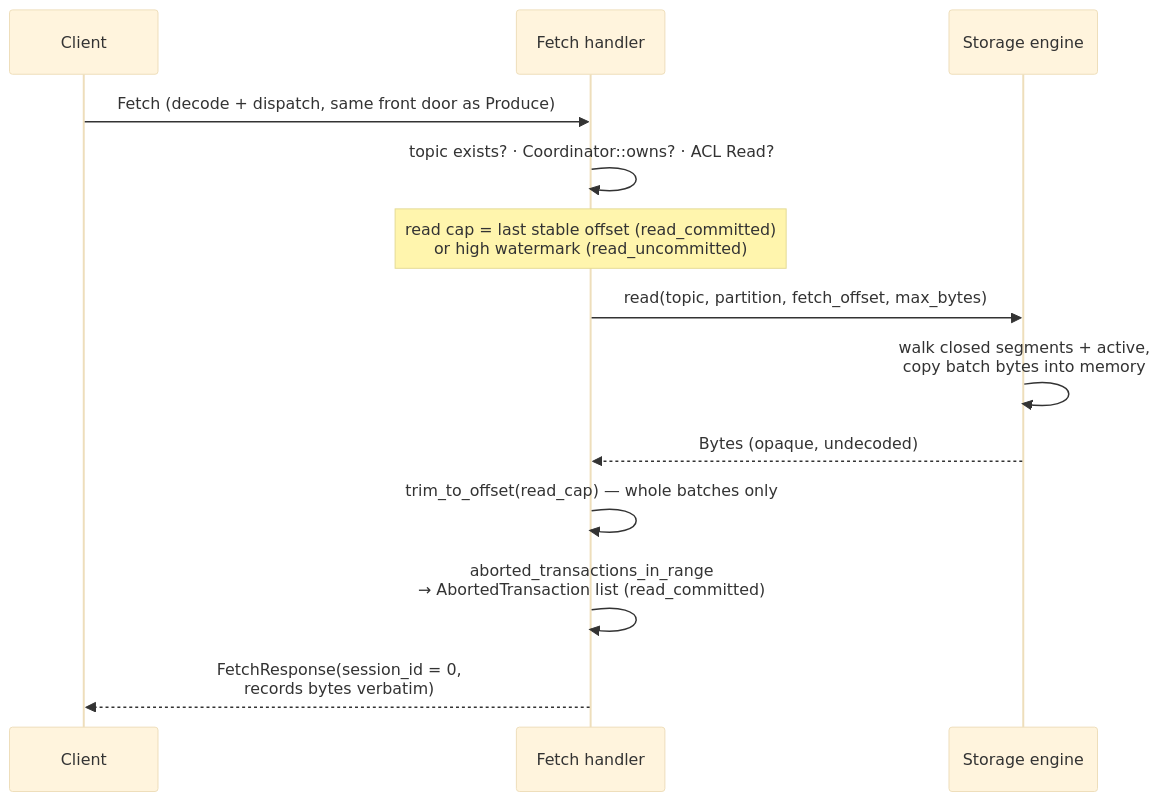
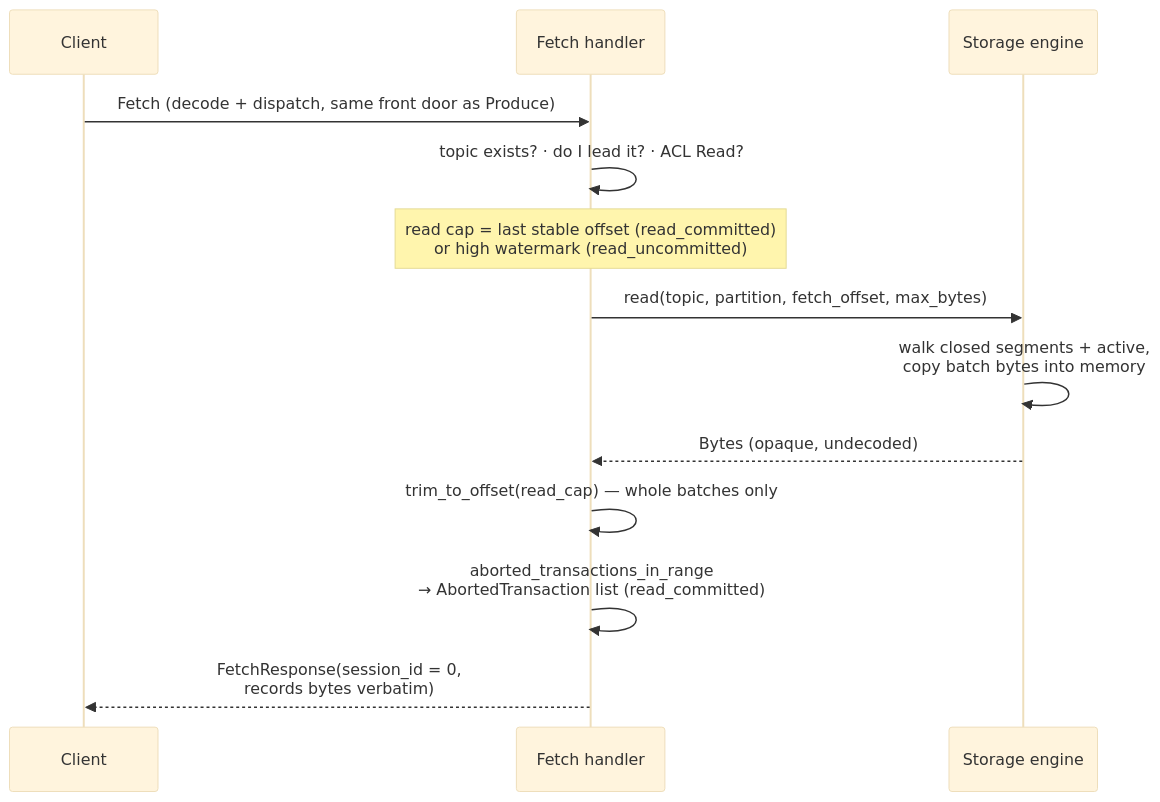
Before and after one commit to Woestebanaan/kaas: the second of 3 diagrams in docs/src/architecture/storage-hot-path.md, drawn with Mermaid (base theme). The commit also changed other lines of this file and 35 other files, not shown here.

````diff
--- a/docs/src/architecture/storage-hot-path.md
+++ b/docs/src/architecture/storage-hot-path.md
@@ -48,16 +63,16 @@
 ```mermaid
 sequenceDiagram
     participant C as Client
     participant H as Fetch handler
     participant E as Storage engine
 
     C->>H: Fetch (decode + dispatch, same front door as Produce)
-    H->>H: topic exists? · Coordinator::owns? · ACL Read?
+    H->>H: topic exists? · do I lead it? · ACL Read?
     Note over H: read cap = last stable offset (read_committed)<br/>or high watermark (read_uncommitted)
     H->>E: read(topic, partition, fetch_offset, max_bytes)
     E->>E: walk closed segments + active,<br/>copy batch bytes into memory
     E-->>H: Bytes (opaque, undecoded)
     H->>H: trim_to_offset(read_cap) — whole batches only
     H->>H: aborted_transactions_in_range<br/>→ AbortedTransaction list (read_committed)
     H-->>C: FetchResponse(session_id = 0,<br/>records bytes verbatim)
 ```
````
